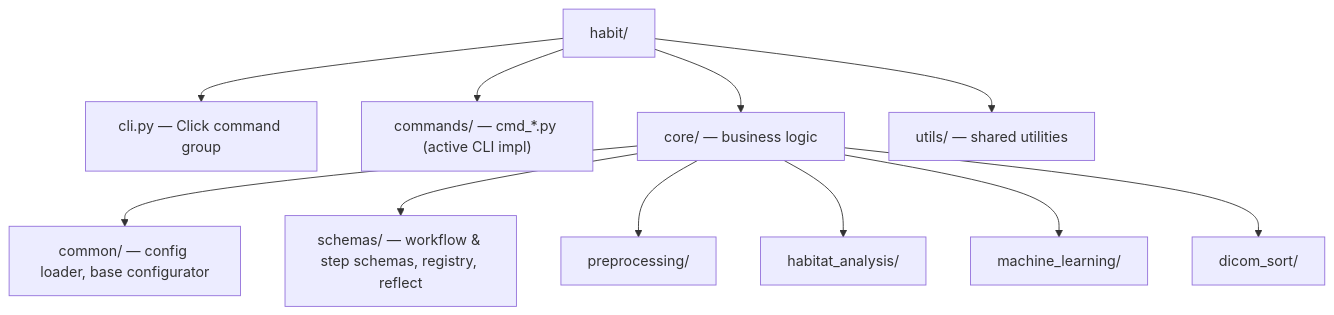
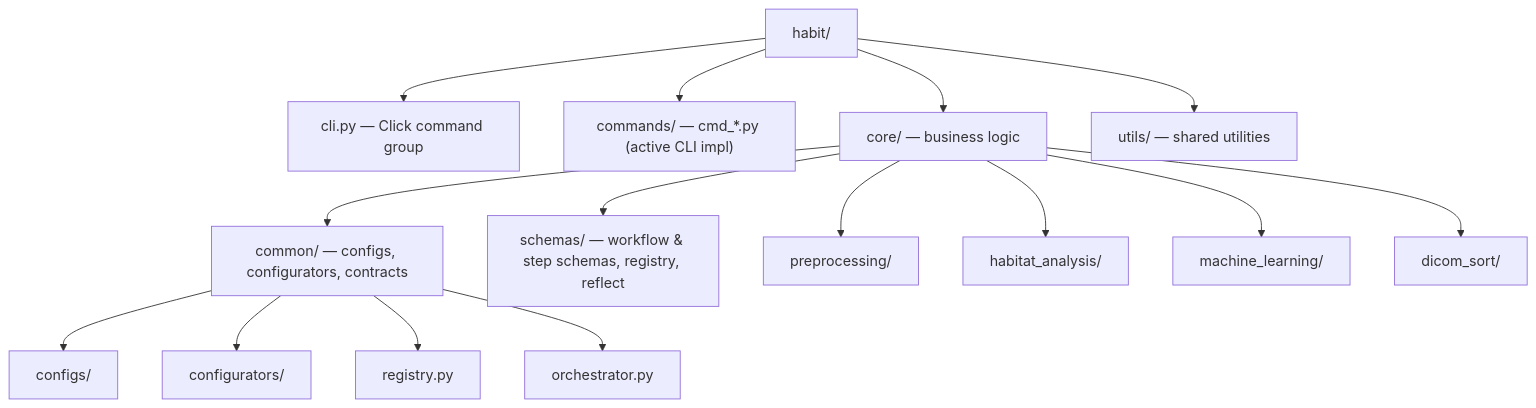
One commit to lichao312214129/HABIT changed the first of 2 diagrams in docs/source/development/repo_layout.rst. Above: the diagram before and after it, drawn with Mermaid. The commit also changed other lines of this file and 23 other files, not shown here.

First line of the commit message:
Refactor core components to unify registration and instantiation contracts

```diff
--- a/docs/source/development/repo_layout.rst
+++ b/docs/source/development/repo_layout.rst
@@ -33,15 +33,20 @@
 .. mermaid::
 
    flowchart TD
      ROOT["habit/"]
      ROOT --> CLI["cli.py — Click command group"]
      ROOT --> CMD["commands/ — cmd_*.py (active CLI impl)"]
      ROOT --> CORE["core/ — business logic"]
      ROOT --> UTILS["utils/ — shared utilities"]
 
-     CORE --> COM["common/ — config loader, base configurator"]
+     CORE --> COM["common/ — configs, configurators, contracts"]
      CORE --> SCH["schemas/ — workflow & step schemas, registry, reflect"]
      CORE --> PRE["preprocessing/"]
      CORE --> HAB["habitat_analysis/"]
      CORE --> MLC["machine_learning/"]
      CORE --> DCM["dicom_sort/"]
+
+     COM --> CFG["configs/"]
+     COM --> CON["configurators/"]
+     COM --> REG["registry.py"]
+     COM --> ORC["orchestrator.py"]
```
